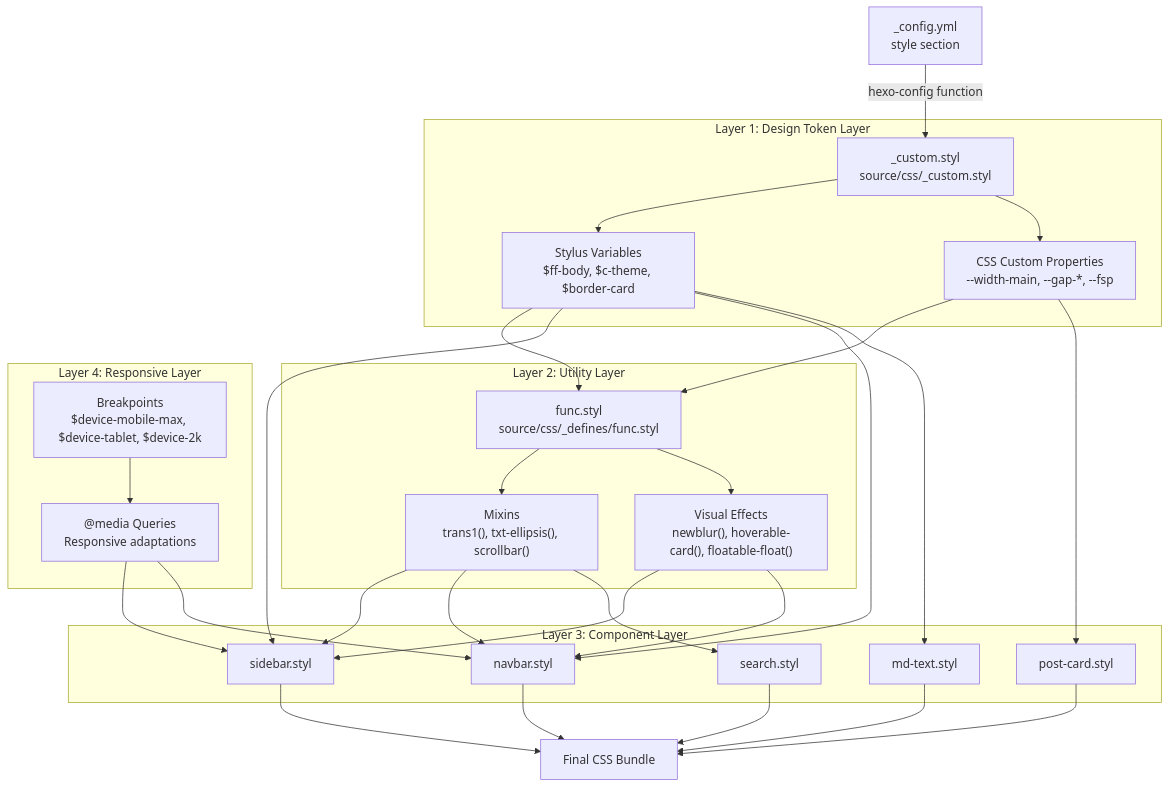
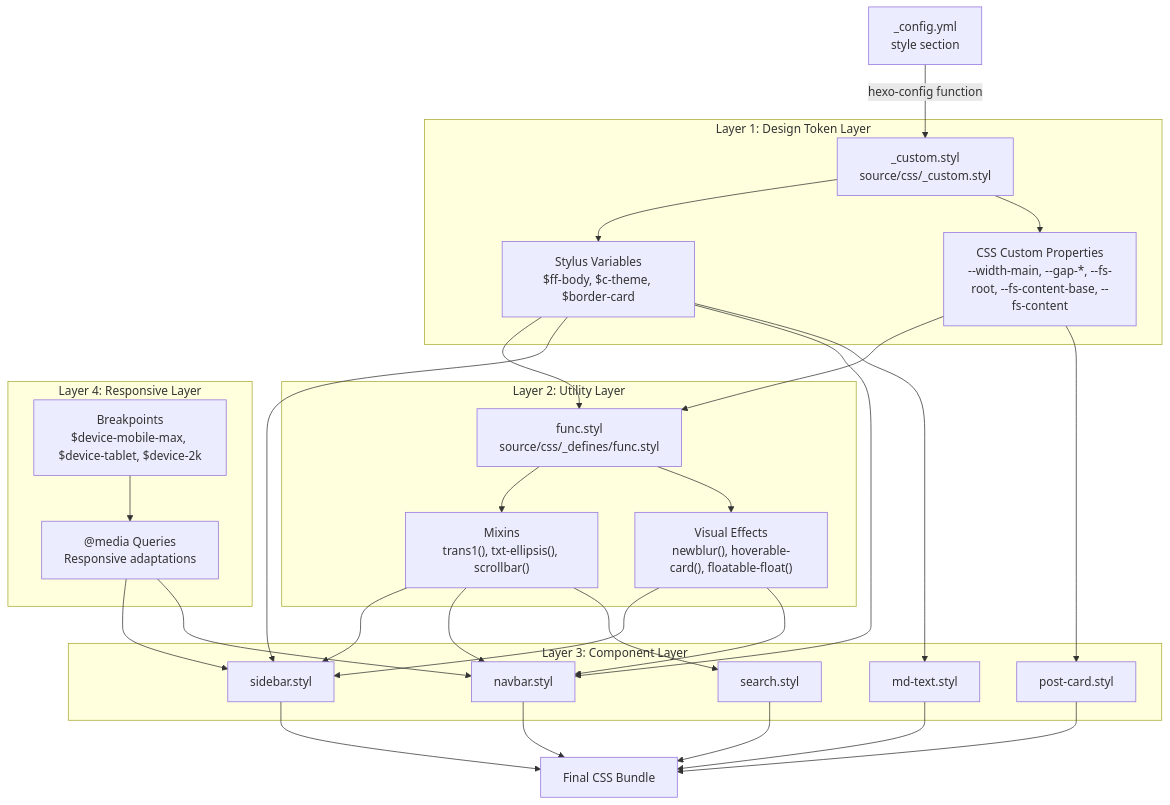
The first of 10 diagrams in docs/knowledge/01-样式系统/styling-overview.md (xaoxuu/hexo-theme-stellar), drawn with Mermaid before and after one commit. The commit also changed other lines of this file and 41 other files, not shown here.

````diff
--- a/docs/knowledge/01-样式系统/styling-overview.md
+++ b/docs/knowledge/01-样式系统/styling-overview.md
@@ -42,60 +42,60 @@
 ```mermaid
 graph TB
     CONFIG["_config.yml<br/>style section"]
     
     subgraph "Layer 1: Design Token Layer"
         CUSTOM["_custom.styl<br/>source/css/_custom.styl"]
         TOKENS["Stylus Variables<br/>$ff-body, $c-theme, $border-card"]
-        CSSROOT["CSS Custom Properties<br/>--width-main, --gap-*, --fsp"]
+        CSSROOT["CSS Custom Properties<br/>--width-main, --gap-*, --fs-root, --fs-content-base, --fs-content"]
     end
     
     subgraph "Layer 2: Utility Layer"
         FUNC["func.styl<br/>source/css/_defines/func.styl"]
         MIXINS["Mixins<br/>trans1(), txt-ellipsis(), scrollbar()"]
         EFFECTS["Visual Effects<br/>newblur(), hoverable-card(), floatable-float()"]
     end
     
     subgraph "Layer 3: Component Layer"
         SIDEBAR["sidebar.styl"]
         NAVBAR["navbar.styl"]
         SEARCH["search.styl"]
         MDTEXT["md-text.styl"]
         POSTCARD["post-card.styl"]
     end
     
     subgraph "Layer 4: Responsive Layer"
         BREAKPOINTS["Breakpoints<br/>$device-mobile-max, $device-tablet, $device-2k"]
         MEDIAQ["@media Queries<br/>Responsive adaptations"]
     end
     
     CONFIG -->|hexo-config function| CUSTOM
     CUSTOM --> TOKENS
     CUSTOM --> CSSROOT
     
     TOKENS --> FUNC
     CSSROOT --> FUNC
     
     FUNC --> MIXINS
     FUNC --> EFFECTS
     
     MIXINS --> SIDEBAR
     MIXINS --> NAVBAR
     MIXINS --> SEARCH
     EFFECTS --> SIDEBAR
     EFFECTS --> NAVBAR
     
     TOKENS --> SIDEBAR
     TOKENS --> NAVBAR
     TOKENS --> MDTEXT
     CSSROOT --> POSTCARD
     
     BREAKPOINTS --> MEDIAQ
     MEDIAQ --> SIDEBAR
     MEDIAQ --> NAVBAR
     
     SIDEBAR --> OUTPUT["Final CSS Bundle"]
     NAVBAR --> OUTPUT
     SEARCH --> OUTPUT
     MDTEXT --> OUTPUT
     POSTCARD --> OUTPUT
 ```
````
